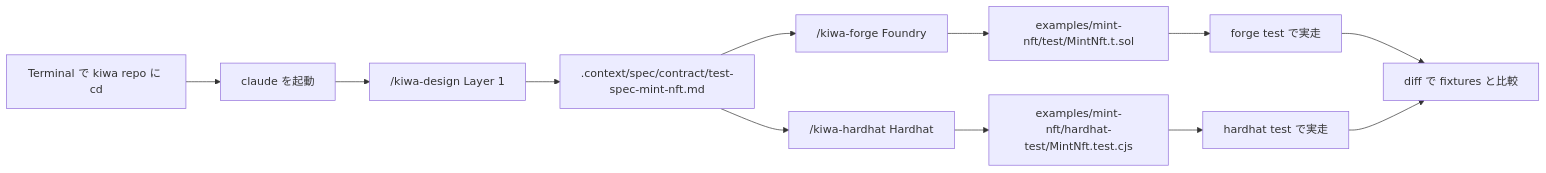
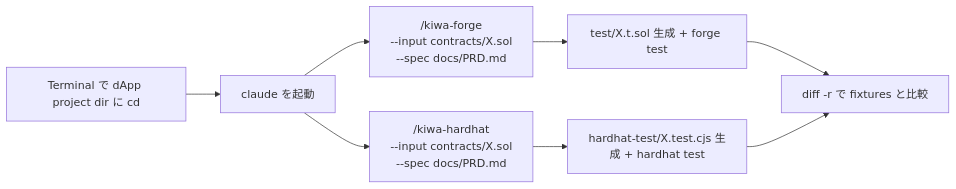
The diagram in tests/docs/run-contract-tests.ja.md (cardene777/kiwa), drawn with Mermaid before and after one commit. The commit also changed other lines of this file and 2 other files, not shown here.

First line of the commit message:
📝 docs(tests): run-*.ja.md を 「dApp dir で claude 起動 + skill が contract と仕様書を読む」 flow に修正 (#215)

````diff
--- a/tests/docs/run-contract-tests.ja.md
+++ b/tests/docs/run-contract-tests.ja.md
@@ -9,14 +9,10 @@
 ```mermaid
 graph LR
-    A[Terminal で kiwa repo に cd] --> B[claude を起動]
-    B --> C["/kiwa-design Layer 1"]
-    C --> D[.context/spec/contract/test-spec-mint-nft.md]
-    D --> E["/kiwa-forge Foundry"]
-    D --> F["/kiwa-hardhat Hardhat"]
-    E --> G[examples/mint-nft/test/MintNft.t.sol]
-    F --> H[examples/mint-nft/hardhat-test/MintNft.test.cjs]
-    G --> I[forge test で実走]
-    H --> J[hardhat test で実走]
-    I --> K[diff で fixtures と比較]
-    J --> K
+    A[Terminal で dApp project dir に cd] --> B[claude を起動]
+    B --> C["/kiwa-forge<br/>--input contracts/X.sol<br/>--spec docs/PRD.md"]
+    B --> D["/kiwa-hardhat<br/>--input contracts/X.sol<br/>--spec docs/PRD.md"]
+    C --> E[test/X.t.sol 生成 + forge test]
+    D --> F[hardhat-test/X.test.cjs 生成 + hardhat test]
+    E --> G[diff -r で fixtures と比較]
+    F --> G
 ```
````
